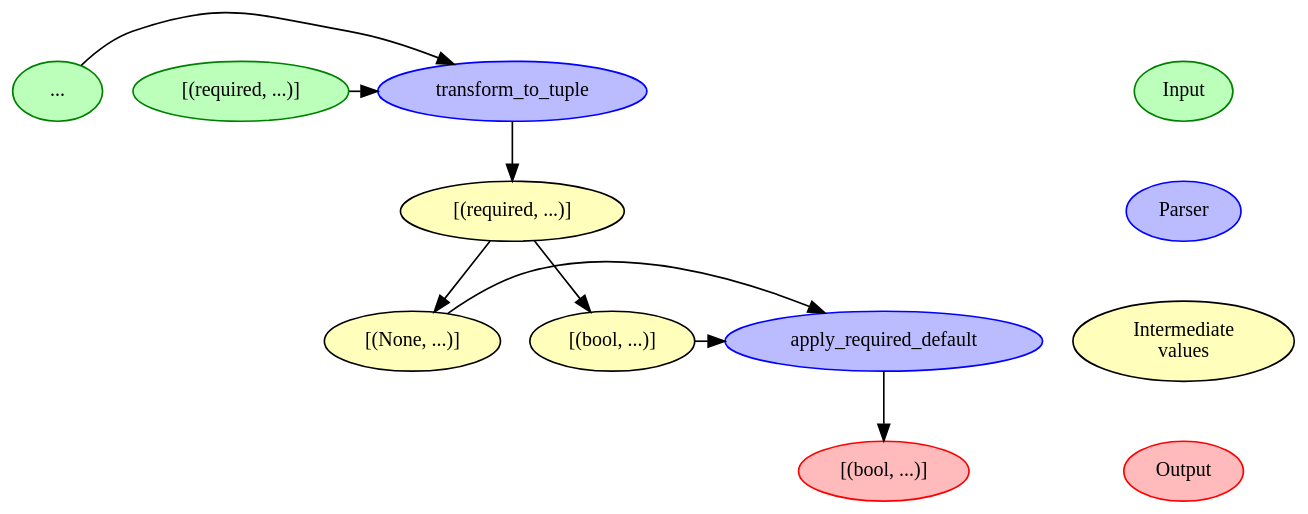
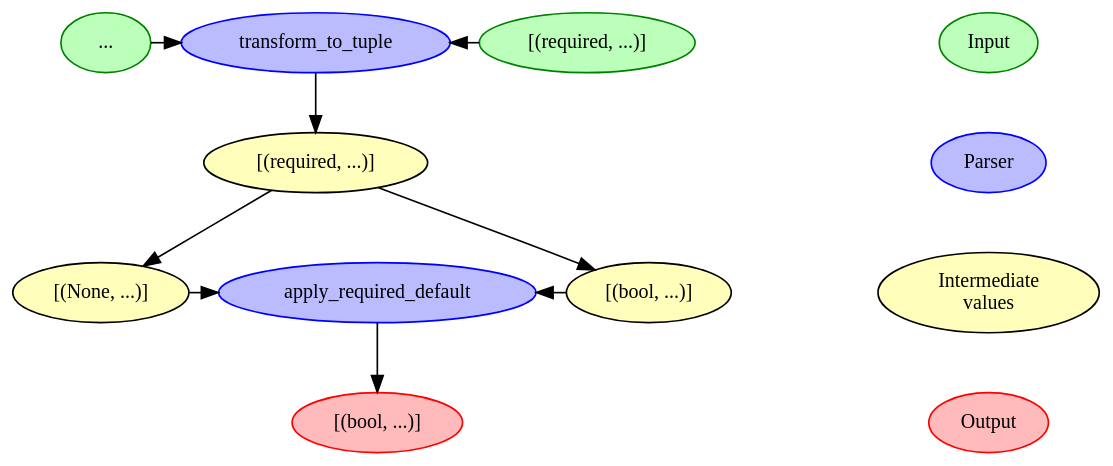
The first of 2 diagrams in docs/urlutils.rst (pstch/django-crucrudile), drawn with Graphviz before and after one commit.

Commit message:
Fix RTD graphs

```diff
--- a/docs/urlutils.rst
+++ b/docs/urlutils.rst
@@ -83,60 +83,70 @@
 .. graphviz::
 
    digraph opt_part_list_parsers {
        bgcolor="transparent"
        edge[fontsize=10, weight=1.2]
        node[fontsize=12, nodesep=0.75, ranksep=0.75]
 
        subgraph t_t_t {
            rank="same"
            rankdir="LR"
            "..."[style="filled", fillcolor="#BBFFBB", color="green"]
            "[(required, ...)]"[style="filled", fillcolor="#BBFFBB", color="green"]
            "transform_to_tuple"[style="filled", fillcolor="#BBBBFF", color="blue"]
        }
 
        subgraph a_r_d {
            rank="same"
            rankdir="LR"
            "[(None, ...)]"
            "[(bool, ...)]"
            "apply_required_default"[style="filled", fillcolor="#BBBBFF", color="blue"]
        }
 
-       "[(required, ...)]" -> "transform_to_tuple"
        "..." -> "transform_to_tuple"
+
+       subgraph transform_to_tuple {
+           edge[dir="back"]
+           "transform_to_tuple" -> "[(required, ...)]"
+       }
+
        "transform_to_tuple" -> "[(required, ...)] "
 
        "[(required, ...)] " -> "[(None, ...)]"
        "[(required, ...)] " -> "[(bool, ...)]"
 
        "[(None, ...)]" -> "apply_required_default"
-       "[(bool, ...)]" -> "apply_required_default"
+
+       subgraph apply_required_default {
+           edge[dir="back"]
+           "apply_required_default" -> "[(bool, ...)]"
+       }
+
        "apply_required_default" -> "[(bool, ...)] "
 
        subgraph types {
            node[style=filled, color="#eeeeee",
                 fontcolor="#555555", fontsize=10]
 
            "[(required, ...)]"
            "..."
            "[(required, ...)] "[style="filled", fillcolor="#FFFFBB"]
            "[(None, ...)]"[style="filled", fillcolor="#FFFFBB"]
            "[(bool, ...)]"[style="filled", fillcolor="#FFFFBB"]
            "[(bool, ...)] "[style="filled", fillcolor="#FFBBBB", color="red"]
        }
 
        subgraph io {
           rank="other"
           rankdir="TB"
           node[style="filled"]
           edge[style="invis"]
           "Input"[fillcolor="#BBFFBB", color="green"]
           "Output"[fillcolor="#FFBBBB", color="red"]
           "Intermediate\n values"[fillcolor="#FFFFBB"]
           "Parser"[fillcolor="#BBBBFF", color="blue"]
 
           "Input" -> "Parser" -> "Intermediate\n values" -> "Output"
        }
 
    }
```
